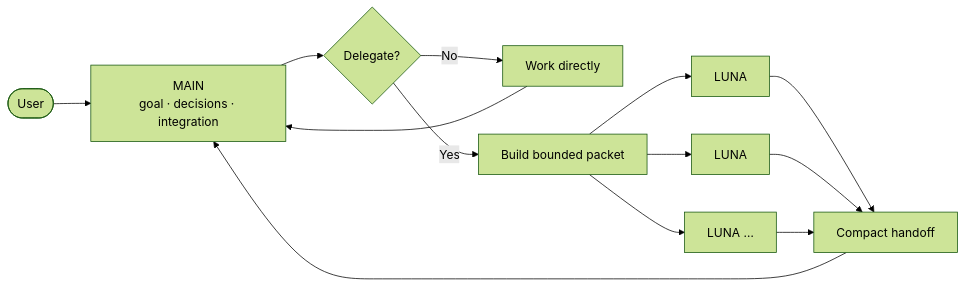
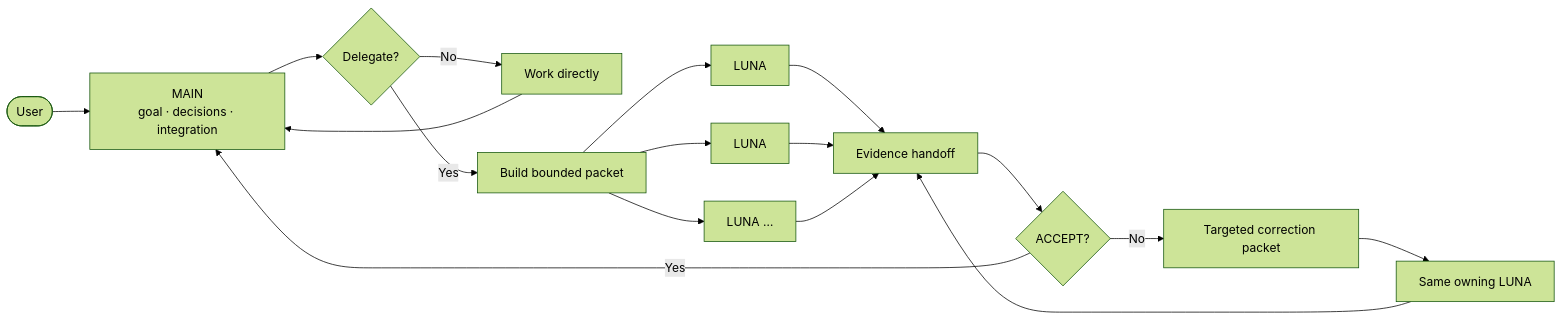
The diagram in README.md (HakanBabus/AgentMaxxing), drawn with Mermaid (forest theme) before and after one commit. The commit also changed other lines of this file and 6 other files, not shown here.

````diff
--- a/README.md
+++ b/README.md
@@ -27,15 +27,19 @@
 ```mermaid
 flowchart LR
     U([User]) --> M["MAIN<br/>goal · decisions · integration"]
     M --> R{"Delegate?"}
     R -- No --> D[Work directly]
     R -- Yes --> P[Build bounded packet]
     P --> W1[LUNA]
     P --> W2[LUNA]
     P --> WN["LUNA …"]
-    W1 --> H[Compact handoff]
+    W1 --> H[Evidence handoff]
     W2 --> H
     WN --> H
-    H --> M
+    H --> G{"ACCEPT?"}
+    G -- Yes --> M
+    G -- No --> C[Targeted correction packet]
+    C --> OW[Same owning LUNA]
+    OW --> H
     D --> M
 ```
````
